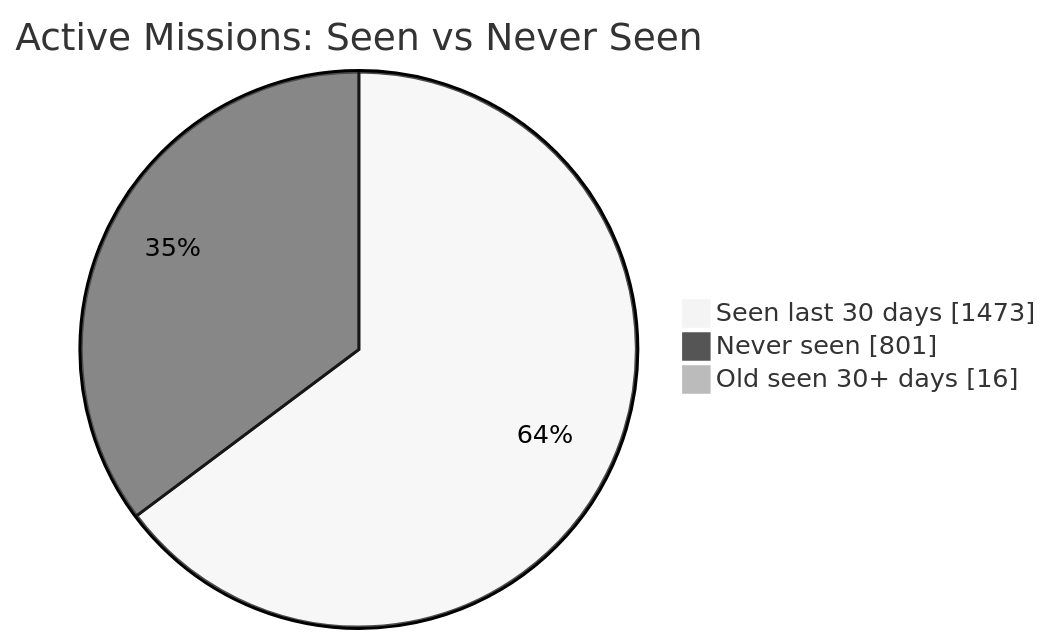
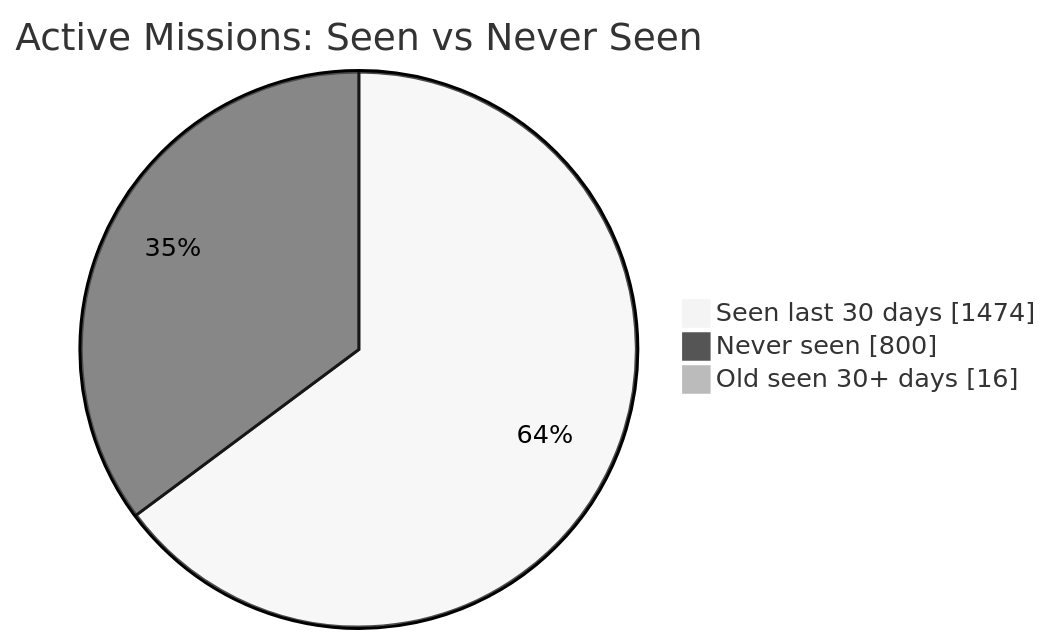
One commit to MeldkamerspelGameTeam/active-missions changed the first of 2 diagrams in README.md. Above: the diagram before and after it, drawn with Mermaid (neutral theme). The commit also changed other lines of this file and 3 other files, not shown here.

````diff
--- a/README.md
+++ b/README.md
@@ -34,7 +34,7 @@
 ```mermaid
 pie showData
     title Active Missions: Seen vs Never Seen
-    "Seen last 30 days" : 1473
-    "Never seen" : 801
+    "Seen last 30 days" : 1474
+    "Never seen" : 800
     "Old seen 30+ days" : 16
 ```
````
